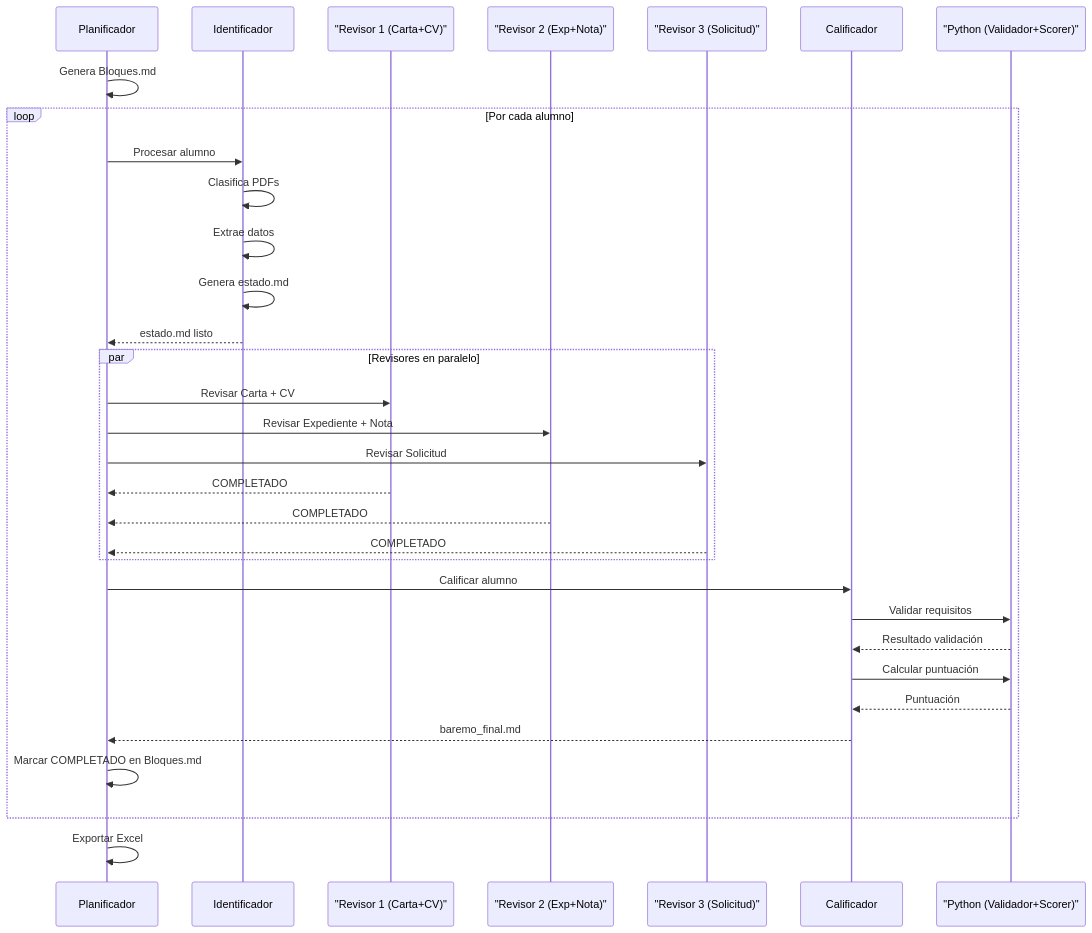
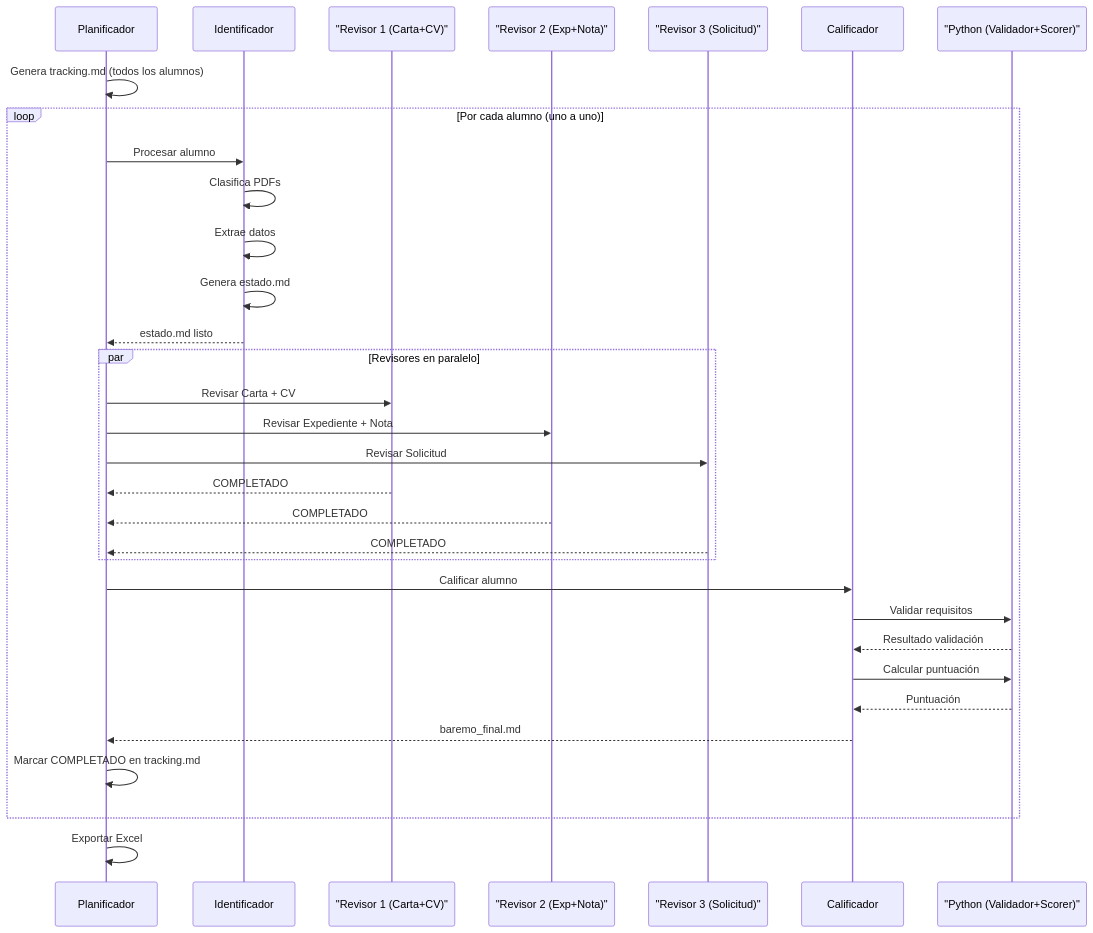
The second of 2 diagrams in README.md (martinhnandezfnandez-code/sistema-de-baremado), drawn with Mermaid before and after one commit. The commit also changed other lines of this file and 3 other files, not shown here.

First line of the commit message:
Simplificar tracking: reemplazar Bloques.md por tracking.md plano

````diff
--- a/README.md
+++ b/README.md
@@ -62,38 +62,40 @@
 ```mermaid
 sequenceDiagram
     participant P as Planificador
     participant I as Identificador
     participant R1 as "Revisor 1 (Carta+CV)"
     participant R2 as "Revisor 2 (Exp+Nota)"
     participant R3 as "Revisor 3 (Solicitud)"
     participant C as Calificador
     participant Py as "Python (Validador+Scorer)"
 
-    P->>P: Genera Bloques.md
-    loop Por cada alumno
+    P->>P: Genera tracking.md (todos los alumnos)
+
+    loop Por cada alumno (uno a uno)
         P->>I: Procesar alumno
         I->>I: Clasifica PDFs
         I->>I: Extrae datos
         I->>I: Genera estado.md
         I-->>P: estado.md listo
 
         par Revisores en paralelo
             P->>R1: Revisar Carta + CV
             P->>R2: Revisar Expediente + Nota
             P->>R3: Revisar Solicitud
             R1-->>P: COMPLETADO
             R2-->>P: COMPLETADO
             R3-->>P: COMPLETADO
         end
 
         P->>C: Calificar alumno
         C->>Py: Validar requisitos
         Py-->>C: Resultado validación
         C->>Py: Calcular puntuación
         Py-->>C: Puntuación
         C-->>P: baremo_final.md
 
-        P->>P: Marcar COMPLETADO en Bloques.md
+        P->>P: Marcar COMPLETADO en tracking.md
     end
+
     P->>P: Exportar Excel
 ```
````
